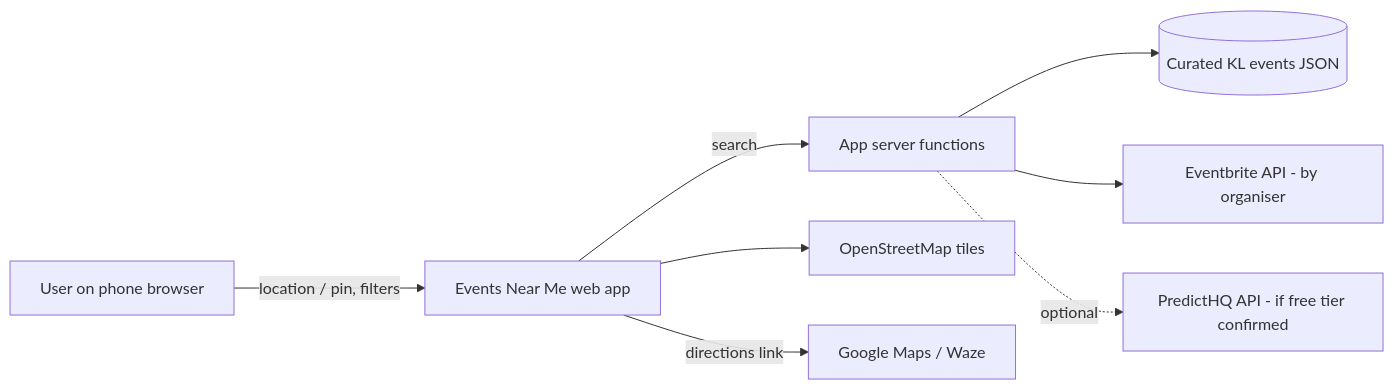
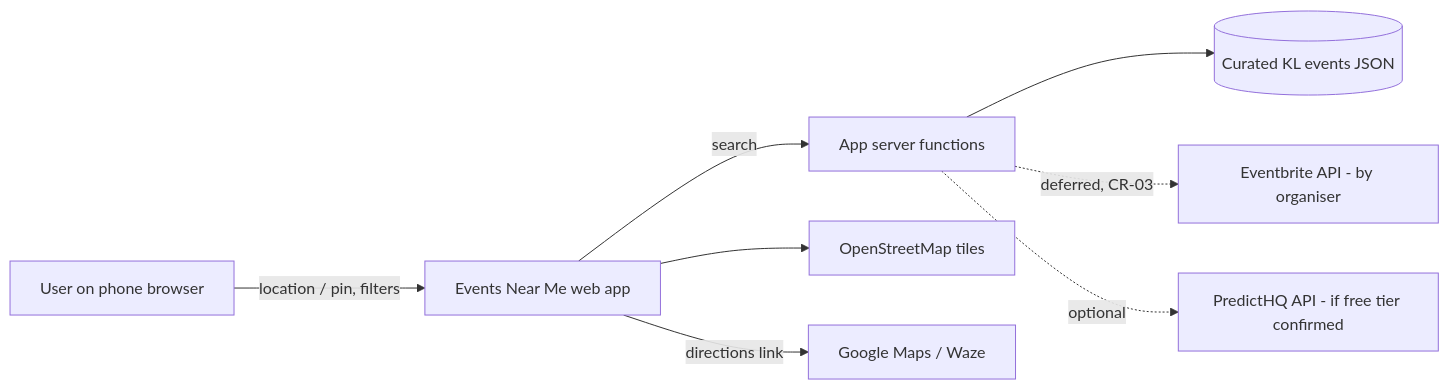
The diagram in docs/02-requirements/srs.md (hiiew/events-near-me), drawn with Mermaid before and after one commit. The commit also changed other lines of this file and 14 other files, not shown here.

````diff
--- a/docs/02-requirements/srs.md
+++ b/docs/02-requirements/srs.md
@@ -56,10 +60,10 @@
 ```mermaid
 flowchart LR
     U[User on phone browser] -->|location / pin, filters| APP[Events Near Me web app]
     APP -->|search| SRV[App server functions]
     SRV --> CUR[(Curated KL events JSON)]
-    SRV --> EB[Eventbrite API - by organiser]
+    SRV -.deferred, CR-03.-> EB[Eventbrite API - by organiser]
     SRV -.optional.-> PHQ[PredictHQ API - if free tier confirmed]
     APP --> OSM[OpenStreetMap tiles]
     APP -->|directions link| GM[Google Maps / Waze]
 ```
````
